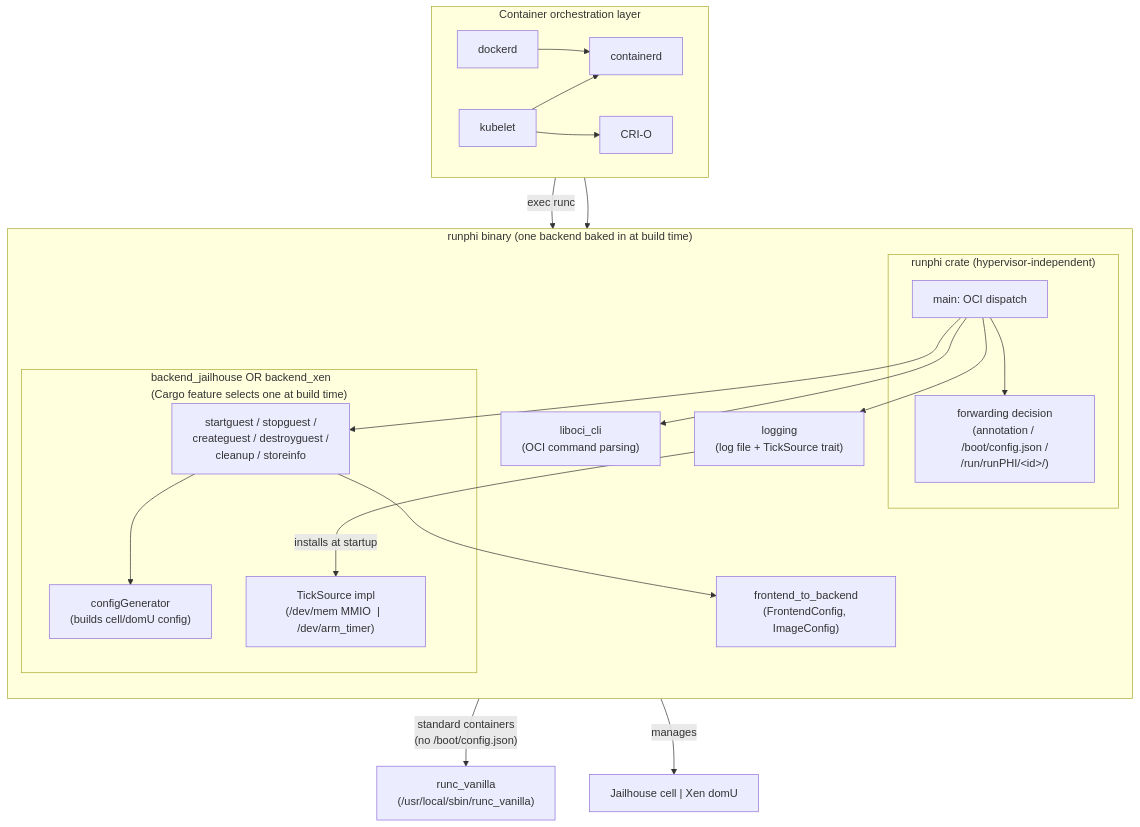
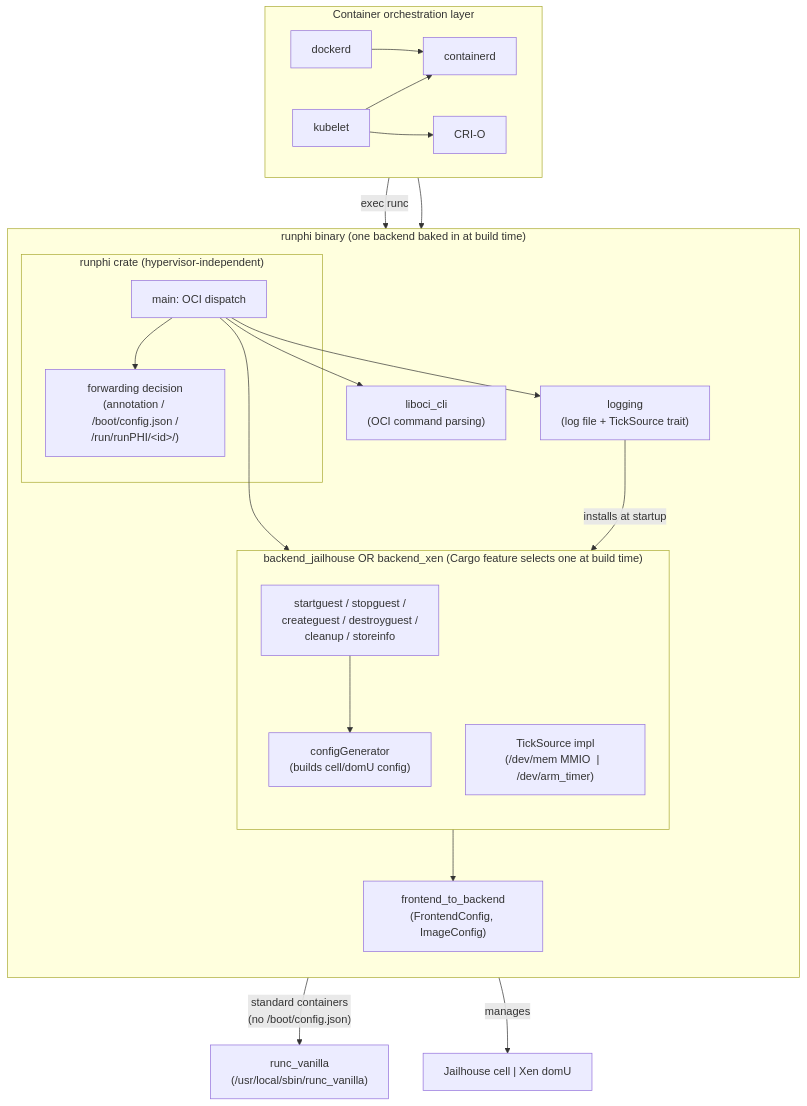
One commit to runphi/runphi_manager changed the diagram in doc/README.md. Above: the diagram before and after it, drawn with Mermaid. The commit also changed 2 other files, not shown here.

Commit message:
fix overlap in diagram, added png

````diff
--- a/doc/README.md
+++ b/doc/README.md
@@ -7,50 +7,54 @@
 ```mermaid
 flowchart TB
     %% Upper orchestration layer
     subgraph upper["Container orchestration layer"]
         direction LR
         kubelet
         dockerd
         containerd
         CRIO["CRI-O"]
     end
 
     %% runphi binary
     subgraph runphi_bin["runphi binary (one backend baked in at build time)"]
         direction TB
+        
         subgraph runphi_crate["runphi crate (hypervisor-independent)"]
             main["main: OCI dispatch"]
             forwarding["forwarding decision<br/>(annotation / /boot/config.json /<br/>/run/runPHI/&lt;id&gt;/)"]
         end
+        
         oci["liboci_cli<br/>(OCI command parsing)"]
         f2b["frontend_to_backend<br/>(FrontendConfig, ImageConfig)"]
         logging["logging<br/>(log file + TickSource trait)"]
-        subgraph active_backend["backend_jailhouse  OR  backend_xen<br/>(Cargo feature selects one at build time)"]
+        
+        subgraph active_backend["backend_jailhouse OR backend_xen (Cargo feature selects one at build time)"]
+            direction TB
             backend_api["startguest / stopguest /<br/>createguest / destroyguest /<br/>cleanup / storeinfo"]
             configGenerator["configGenerator<br/>(builds cell/domU config)"]
             tick_source["TickSource impl<br/>(/dev/mem MMIO  |  /dev/arm_timer)"]
         end
     end
 
     %% Below runphi
     runc["runc_vanilla<br/>(/usr/local/sbin/runc_vanilla)"]
     hypervisor["Jailhouse cell  |  Xen domU"]
 
     %% Connections
     kubelet --> containerd
     kubelet --> CRIO
     dockerd --> containerd
     containerd -- "exec runc" --> main
     CRIO --> main
 
     main --> oci
     main --> forwarding
     main --> backend_api
     main --> logging
     backend_api --> f2b
     backend_api --> configGenerator
     logging -- "installs at startup" --> tick_source
 
     forwarding -- "standard containers<br/>(no /boot/config.json)" --> runc
     backend_api -- "manages" --> hypervisor
 ```
````
